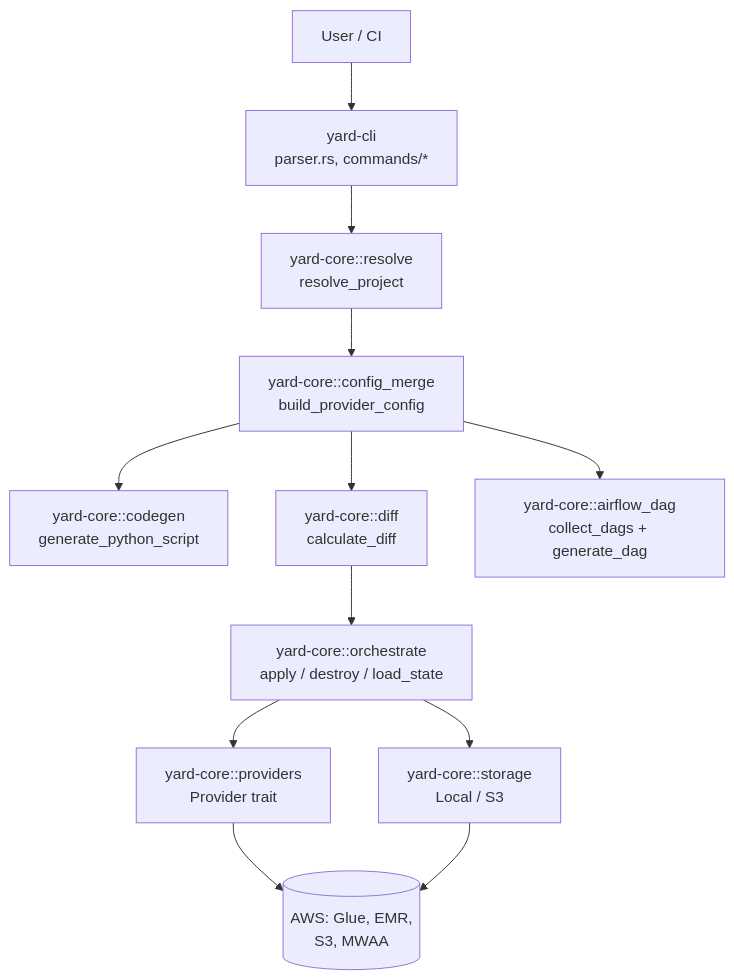
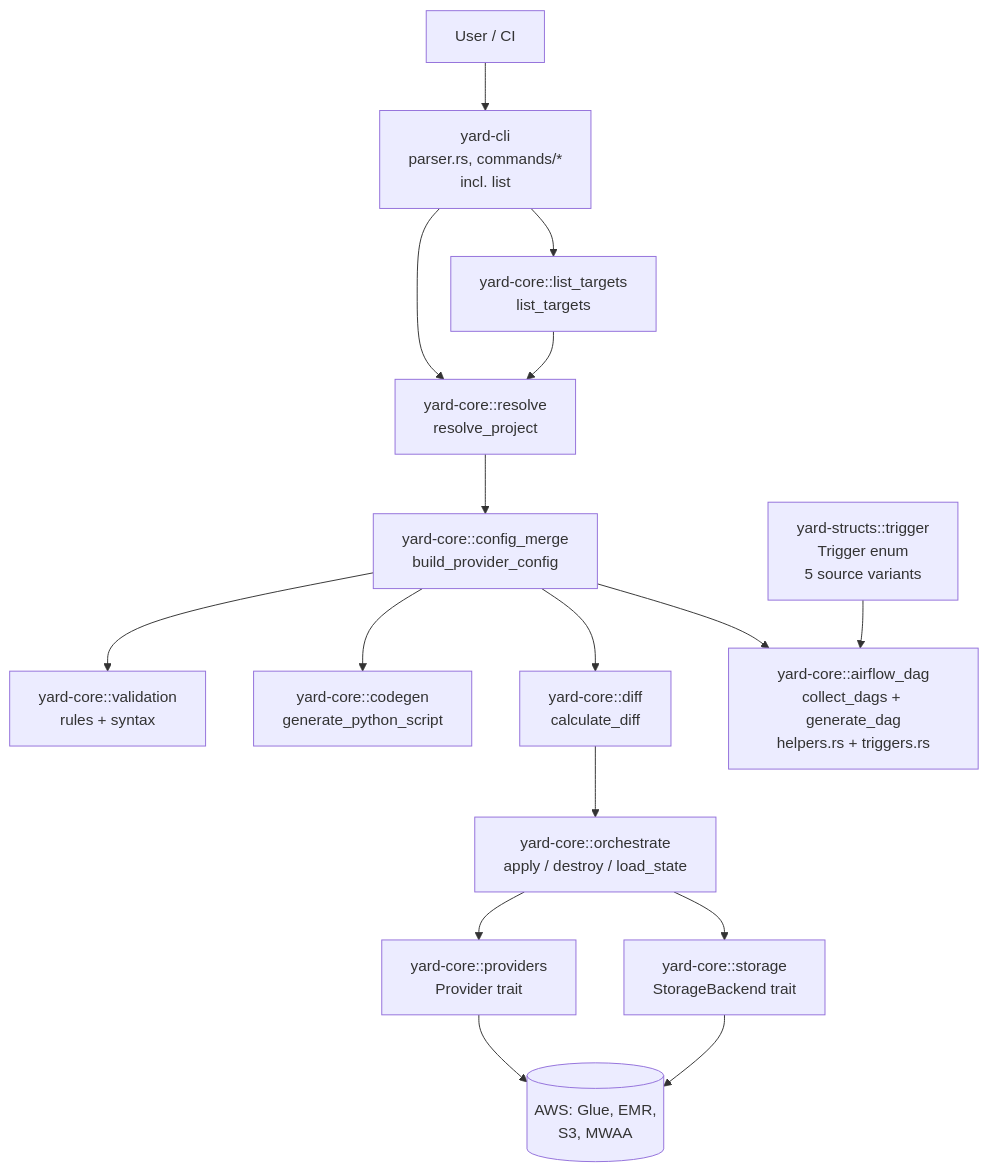
Before and after one commit to sean-mca/yard: the second of 2 diagrams in docs/explanation/architecture.md, drawn with Mermaid. The commit also changed other lines of this file, not shown here.

````diff
--- a/docs/explanation/architecture.md
+++ b/docs/explanation/architecture.md
@@ -47,26 +47,33 @@
 ```mermaid
 graph TD
     USER[User / CI]
-    CLI[yard-cli<br/>parser.rs, commands/*]
+    CLI[yard-cli<br/>parser.rs, commands/*<br/>incl. list]
     RESOLVE[yard-core::resolve<br/>resolve_project]
     CONFIG[yard-core::config_merge<br/>build_provider_config]
+    LIST[yard-core::list_targets<br/>list_targets]
+    VAL[yard-core::validation<br/>rules + syntax]
     CODEGEN[yard-core::codegen<br/>generate_python_script]
     DIFF[yard-core::diff<br/>calculate_diff]
-    DAG[yard-core::airflow_dag<br/>collect_dags + generate_dag]
+    TRIG[yard-structs::trigger<br/>Trigger enum<br/>5 source variants]
+    DAG[yard-core::airflow_dag<br/>collect_dags + generate_dag<br/>helpers.rs + triggers.rs]
     ORCH[yard-core::orchestrate<br/>apply / destroy / load_state]
-    STORAGE[yard-core::storage<br/>Local / S3]
+    STORAGE[yard-core::storage<br/>StorageBackend trait]
     PROV[yard-core::providers<br/>Provider trait]
     AWS[(AWS: Glue, EMR,<br/>S3, MWAA)]
 
     USER --> CLI
     CLI --> RESOLVE
+    CLI --> LIST
+    LIST --> RESOLVE
     RESOLVE --> CONFIG
+    CONFIG --> VAL
     CONFIG --> DIFF
     CONFIG --> CODEGEN
     CONFIG --> DAG
+    TRIG --> DAG
     DIFF --> ORCH
     ORCH --> STORAGE
     ORCH --> PROV
     PROV --> AWS
     STORAGE --> AWS
 ```
````
